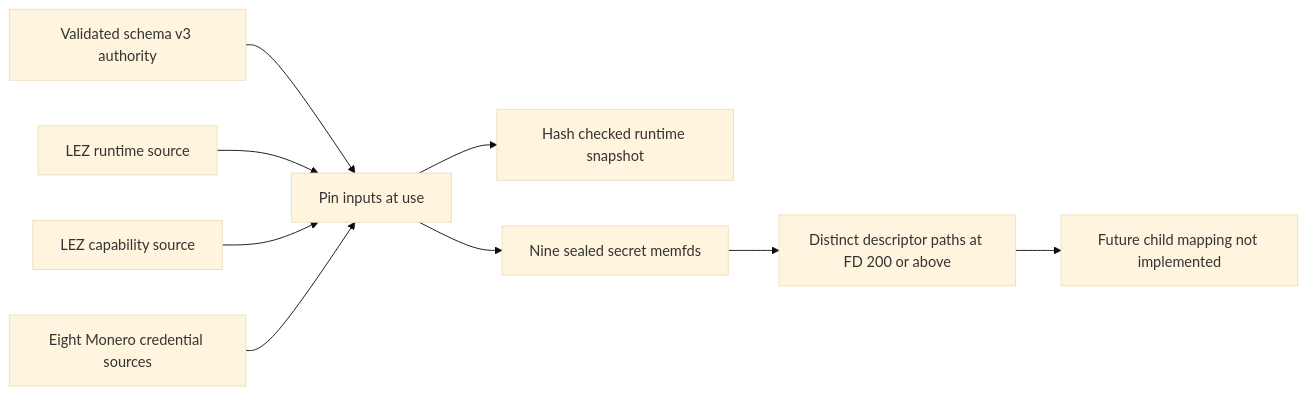
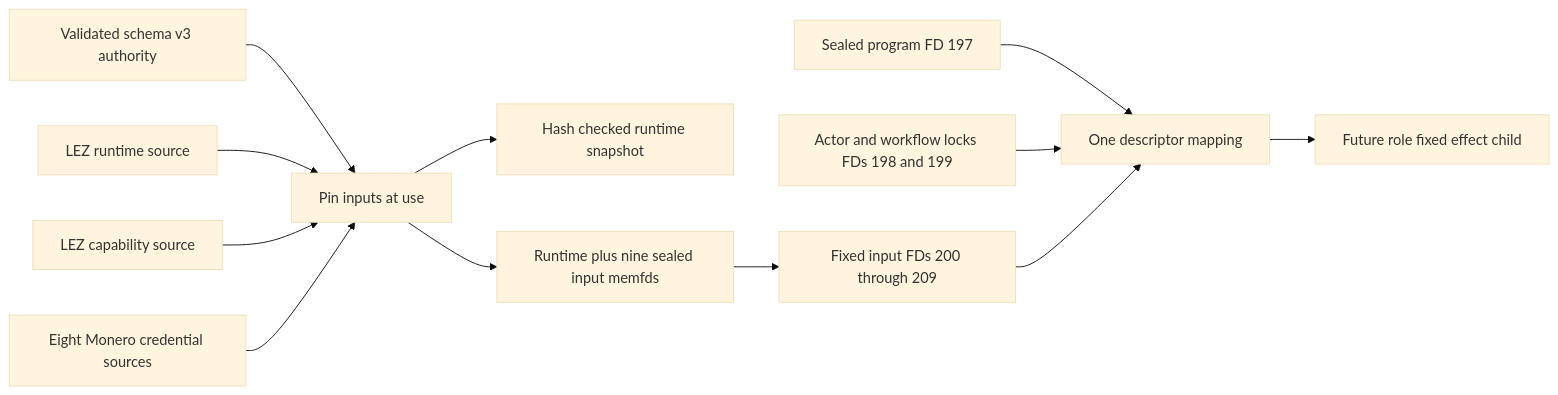
The fourth of 6 diagrams in docs/architecture/0126-separate-xmr-effect-workflow-authority.md (gateway-fm/lez-atomic-swaps), drawn with Mermaid (base theme) before and after one commit. The commit also changed other lines of this file and 8 other files, not shown here.

Commit message:
feat(m5): compose XMR effect child descriptors

````diff
--- a/docs/architecture/0126-separate-xmr-effect-workflow-authority.md
+++ b/docs/architecture/0126-separate-xmr-effect-workflow-authority.md
@@ -203,11 +203,14 @@
 ```mermaid
 flowchart LR
     AUTH["Validated schema v3 authority"] --> PIN["Pin inputs at use"]
     RUN["LEZ runtime source"] --> PIN
     CAP["LEZ capability source"] --> PIN
     RPC["Eight Monero credential sources"] --> PIN
     PIN --> RB["Hash checked runtime snapshot"]
-    PIN --> SF["Nine sealed secret memfds"]
-    SF --> FD["Distinct descriptor paths at FD 200 or above"]
-    FD --> FUTURE["Future child mapping not implemented"]
+    PIN --> SF["Runtime plus nine sealed input memfds"]
+    SF --> PLAN["Fixed input FDs 200 through 209"]
+    PROG["Sealed program FD 197"] --> MAP["One descriptor mapping"]
+    LOCKS["Actor and workflow locks FDs 198 and 199"] --> MAP
+    PLAN --> MAP
+    MAP --> CHILD["Future role fixed effect child"]
 ```
````
